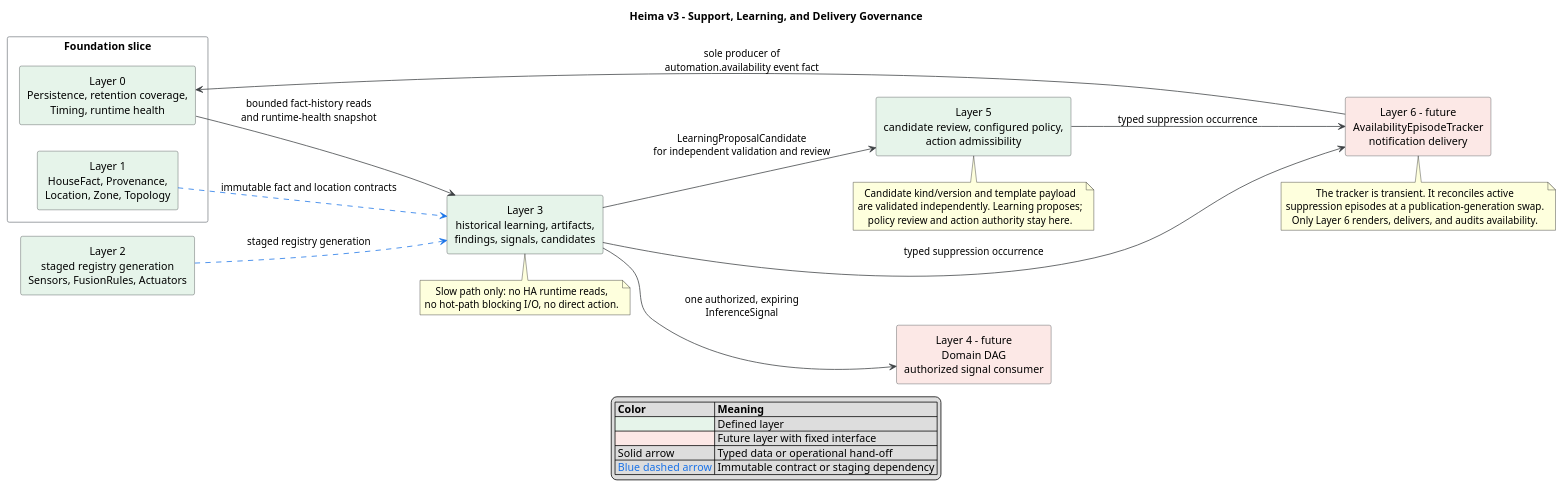
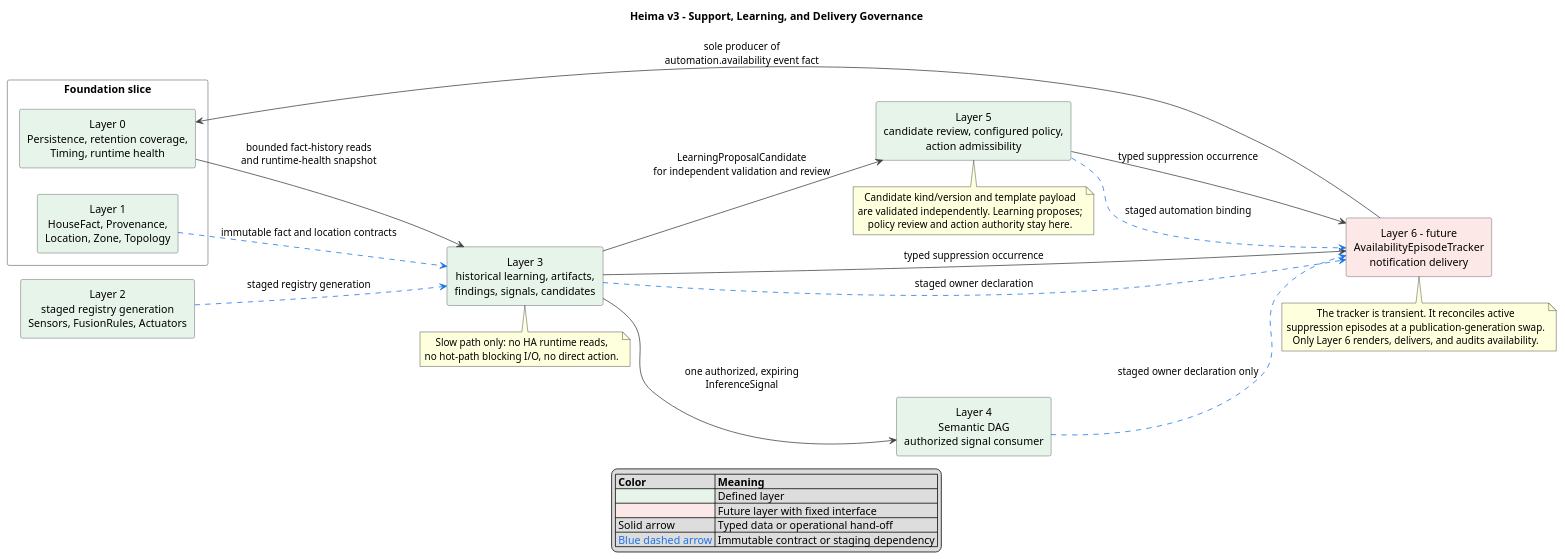
One commit to heima-labs/ha-heima-core changed the diagram in docs/specs/v3/architecture_support_governance.puml. Above: the diagram before and after it, drawn with PlantUML. The commit also changed 11 other files, not shown here.

```diff
--- a/docs/specs/v3/architecture_support_governance.puml
+++ b/docs/specs/v3/architecture_support_governance.puml
@@ -1,59 +1,62 @@
 @startuml
 title Heima v3 - Support, Learning, and Delivery Governance
 left to right direction
 
 skinparam shadowing false
 skinparam componentStyle rectangle
 skinparam packageStyle rectangle
 skinparam defaultTextAlignment center
 skinparam ArrowColor #3C4043
 skinparam componentBorderColor #3C4043
 skinparam packageBorderColor #80868B
 
 package "Foundation slice" {
   component "Layer 0\nPersistence, retention coverage,\nTiming, runtime health" as L0 #E6F4EA
   component "Layer 1\nHouseFact, Provenance,\nLocation, Zone, Topology" as L1 #E6F4EA
 }
 
 component "Layer 2\nstaged registry generation\nSensors, FusionRules, Actuators" as L2 #E6F4EA
 component "Layer 3\nhistorical learning, artifacts,\nfindings, signals, candidates" as L3 #E6F4EA
-component "Layer 4 - future\nDomain DAG\nauthorized signal consumer" as L4 #FCE8E6
+component "Layer 4\nSemantic DAG\nauthorized signal consumer" as L4 #E6F4EA
 component "Layer 5\ncandidate review, configured policy,\naction admissibility" as L5 #E6F4EA
 component "Layer 6 - future\nAvailabilityEpisodeTracker\nnotification delivery" as L6 #FCE8E6
 
 L0 --> L3 : bounded fact-history reads\nand runtime-health snapshot
 L2 -[#1A73E8,dashed]-> L3 : staged registry generation
 L1 -[#1A73E8,dashed]-> L3 : immutable fact and location contracts
 
 L3 --> L4 : one authorized, expiring\nInferenceSignal
 L3 --> L5 : LearningProposalCandidate\nfor independent validation and review
 
 L3 --> L6 : typed suppression occurrence
 L5 --> L6 : typed suppression occurrence
+L3 -[#1A73E8,dashed]-> L6 : staged owner declaration
+L4 -[#1A73E8,dashed]-> L6 : staged owner declaration only
+L5 -[#1A73E8,dashed]-> L6 : staged automation binding
 L6 --> L0 : sole producer of\nautomation.availability event fact
 
 note bottom of L3
   Slow path only: no HA runtime reads,
   no hot-path blocking I/O, no direct action.
 end note
 
 note bottom of L5
   Candidate kind/version and template payload
   are validated independently. Learning proposes;
   policy review and action authority stay here.
 end note
 
 note bottom of L6
   The tracker is transient. It reconciles active
   suppression episodes at a publication-generation swap.
   Only Layer 6 renders, delivers, and audits availability.
 end note
 
 legend bottom
   |= Color |= Meaning |
   |<#E6F4EA> | Defined layer |
   |<#FCE8E6> | Future layer with fixed interface |
   | Solid arrow | Typed data or operational hand-off |
   | <color:#1A73E8>Blue dashed arrow</color> | Immutable contract or staging dependency |
 endlegend
 @enduml
```
